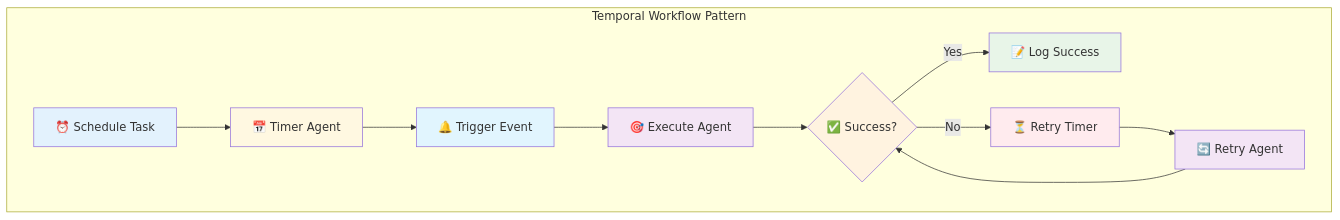
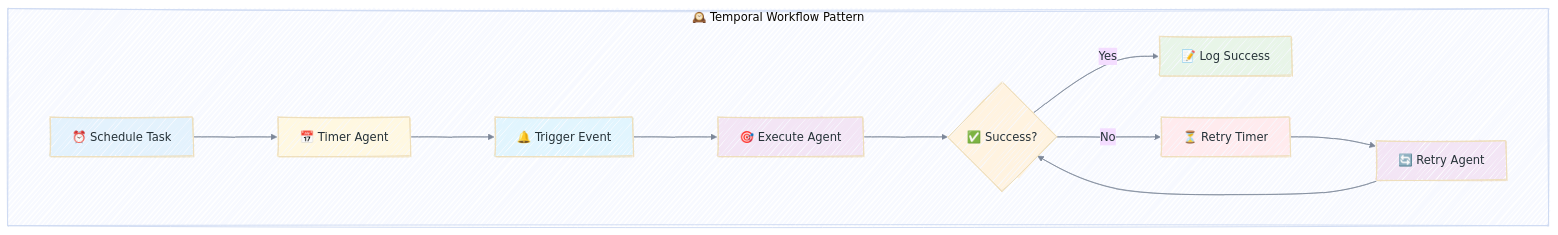
Diagram 12 of 16 in _posts/2025-06-29-claudeonrails-ai-powered-rails-development-swarm.md (enogrob/enogrob.github.io), drawn with Mermaid before and after one commit. The commit also changed other lines of this file and 12 other files, not shown here.

````diff
--- a/_posts/2025-06-29-claudeonrails-ai-powered-rails-development-swarm.md
+++ b/_posts/2025-06-29-claudeonrails-ai-powered-rails-development-swarm.md
@@ -436,22 +447,23 @@
 ```mermaid!
-graph 
-    subgraph "Temporal Workflow Pattern"
+%%{init: {"theme": "base", "look": "handDrawn", "themeVariables": {"fontFamily": "ui-sans-serif, system-ui, sans-serif", "lineColor": "#7c8798", "primaryTextColor": "#263238"}, "flowchart": {"nodeSpacing": 55, "rankSpacing": 90}}}%%
+flowchart TD
+    subgraph Temporal["🕰️ Temporal Workflow Pattern"]
         A["⏰ Schedule Task"] --> B["📅 Timer Agent"]
         B --> C["🔔 Trigger Event"]
         C --> D["🎯 Execute Agent"]
         D --> E{"✅ Success?"}
         E -->|Yes| F["📝 Log Success"]
         E -->|No| G["⏳ Retry Timer"]
         G --> H["🔄 Retry Agent"]
         H --> E
     end
     
     style A fill:#e3f2fd
     style B fill:#fff8e1
     style C fill:#e1f5fe
     style D fill:#f3e5f5
     style E fill:#fff3e0
     style F fill:#e8f5e8
     style G fill:#ffebee
     style H fill:#f3e5f5
 ```
````
